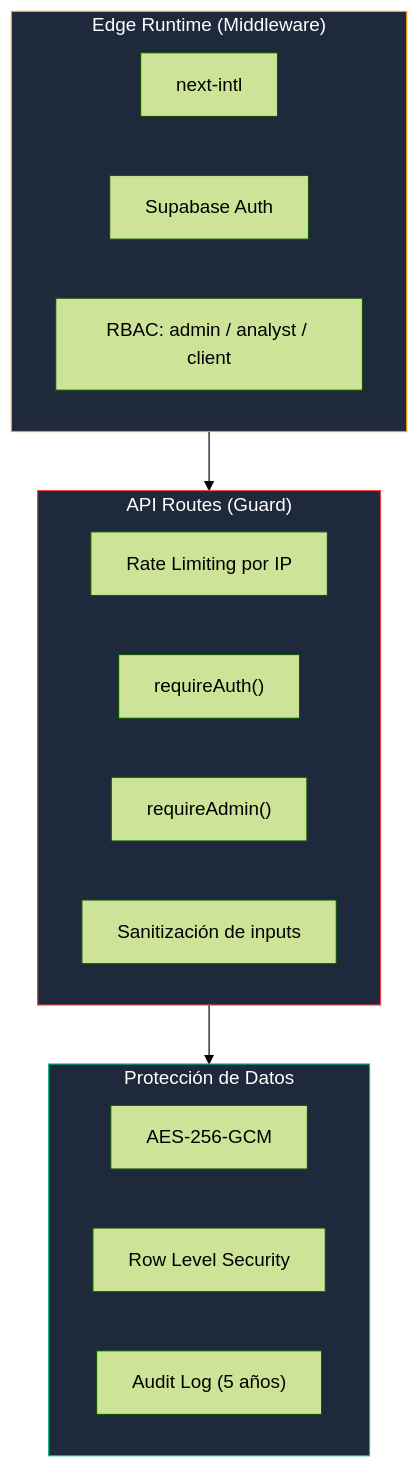
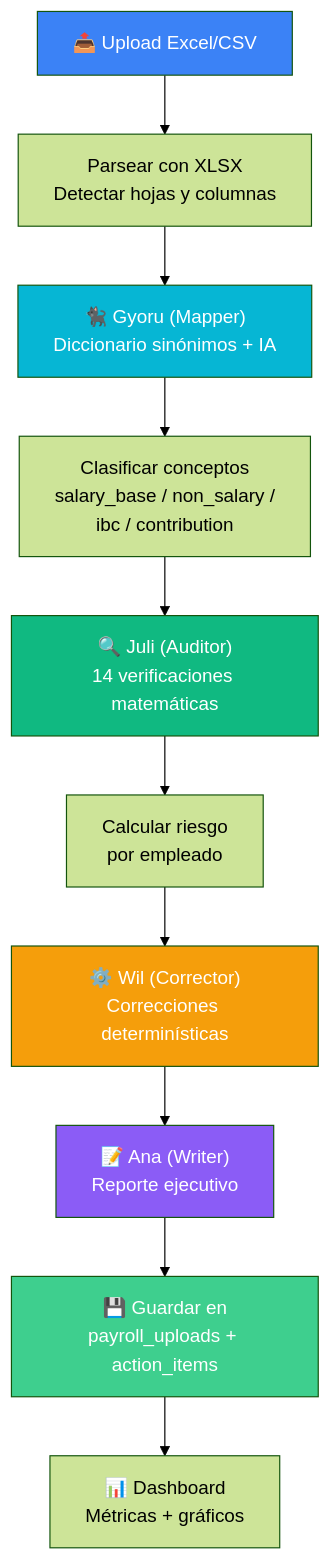
One commit to Shiroe-95/NominaApp changed the ninth of 9 diagrams in README.md. Above: the diagram before and after it, drawn with Mermaid (forest theme). The commit also changed other lines of this file, not shown here.

Commit message:
docs: rewrite README from scratch with comprehensive architecture diagrams, multi-agent system docs, API reference, design system, and detailed configuration guide

````diff
--- a/README.md
+++ b/README.md
@@ -741,27 +534,19 @@
 ```mermaid
 flowchart TD
-    subgraph Edge["Edge Runtime (Middleware)"]
-        I18N["next-intl"]
-        SUPA_AUTH["Supabase Auth"]
-        RBAC_MW["RBAC: admin / analyst / client"]
-    end
+    UPLOAD["📤 Upload Excel/CSV"] --> PARSE["Parsear con XLSX<br/>Detectar hojas y columnas"]
+    PARSE --> MAP["🐈‍⬛ Gyoru (Mapper)<br/>Diccionario sinónimos + IA"]
+    MAP --> CLASSIFY["Clasificar conceptos<br/>salary_base / non_salary /<br/>ibc / contribution"]
+    CLASSIFY --> VALIDATE["🔍 Juli (Auditor)<br/>14 verificaciones matemáticas"]
+    VALIDATE --> RISK["Calcular riesgo<br/>por empleado"]
+    RISK --> CORRECT["⚙️ Wil (Corrector)<br/>Correcciones determinísticas"]
+    CORRECT --> REPORT["📝 Ana (Writer)<br/>Reporte ejecutivo"]
+    REPORT --> SAVE["💾 Guardar en<br/>payroll_uploads + action_items"]
+    SAVE --> DASH["📊 Dashboard<br/>Métricas + gráficos"]
 
-    subgraph API["API Routes (Guard)"]
-        RL["Rate Limiting por IP"]
-        AUTH_API["requireAuth()"]
-        RBAC_API["requireAdmin()"]
-        SANITIZE["Sanitización de inputs"]
-    end
-
-    subgraph Data["Protección de Datos"]
-        ENC["AES-256-GCM"]
-        RLS["Row Level Security"]
-        AUDIT_LOG["Audit Log (5 años)"]
-    end
-
-    Edge --> API --> Data
-
-    style Edge fill:#1e293b,stroke:#f59e0b,color:#fff
-    style API fill:#1e293b,stroke:#ef4444,color:#fff
-    style Data fill:#1e293b,stroke:#10b981,color:#fff
+    style UPLOAD fill:#3b82f6,color:#fff
+    style MAP fill:#06b6d4,color:#fff
+    style VALIDATE fill:#10b981,color:#fff
+    style CORRECT fill:#f59e0b,color:#fff
+    style REPORT fill:#8b5cf6,color:#fff
+    style SAVE fill:#3ecf8e,color:#fff
 ```
````
